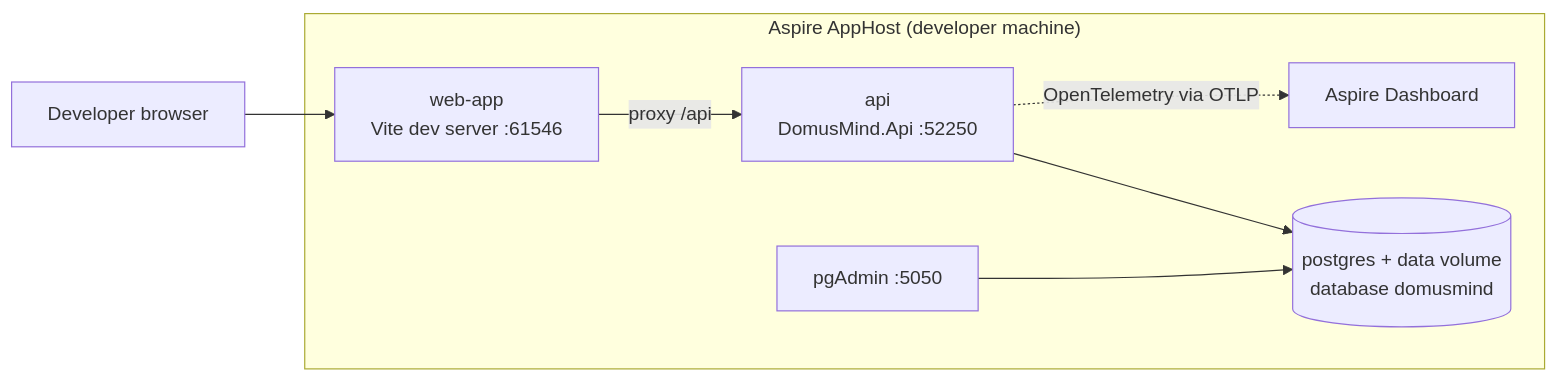
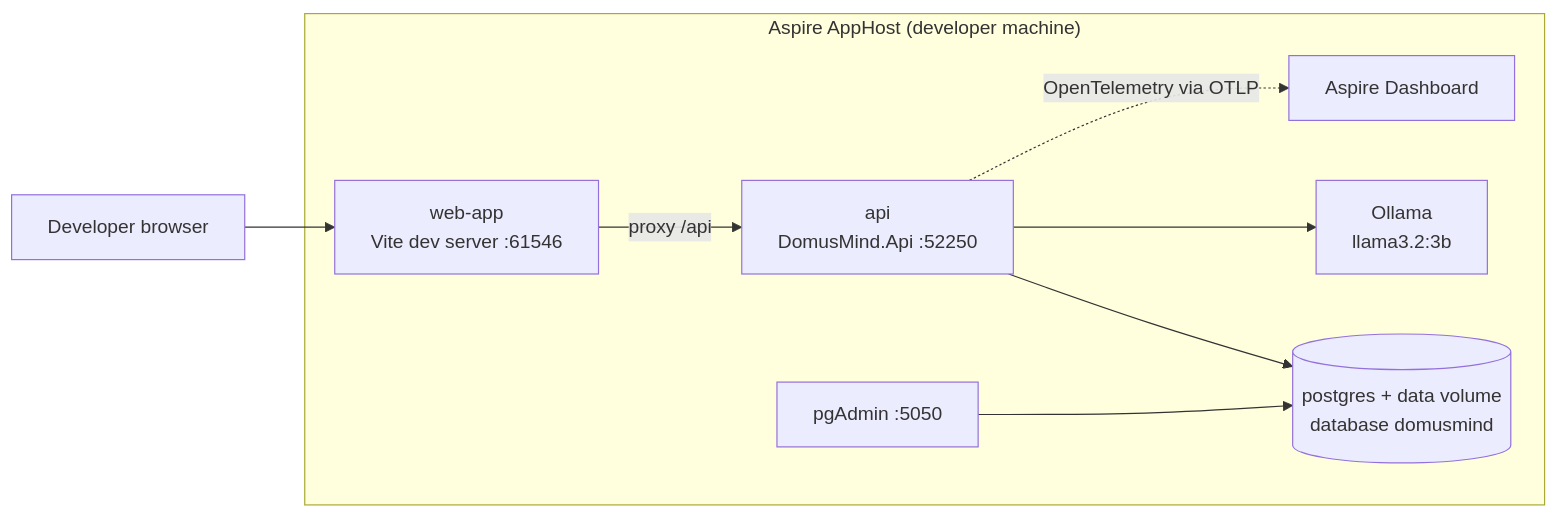
Before and after one commit to juangcarmona/domusmind: the second of 2 diagrams in docs/architecture/07-deployment-view.md, drawn with Mermaid. The commit also changed other lines of this file and 124 other files, not shown here.

````diff
--- a/docs/architecture/07-deployment-view.md
+++ b/docs/architecture/07-deployment-view.md
@@ -100,16 +103,18 @@
 ```mermaid
 flowchart LR
     dev["Developer browser"]
     subgraph aspire["Aspire AppHost (developer machine)"]
         dashboard["Aspire Dashboard"]
         vite["web-app<br/>Vite dev server :61546"]
         api["api<br/>DomusMind.Api :52250"]
         pg[("postgres + data volume<br/>database domusmind")]
         pgadmin["pgAdmin :5050"]
+        model["Ollama<br/>llama3.2:3b"]
     end
     dev --> vite
     vite -- "proxy /api" --> api
     api --> pg
+    api --> model
     pgadmin --> pg
     api -. "OpenTelemetry via OTLP" .-> dashboard
 ```
````
